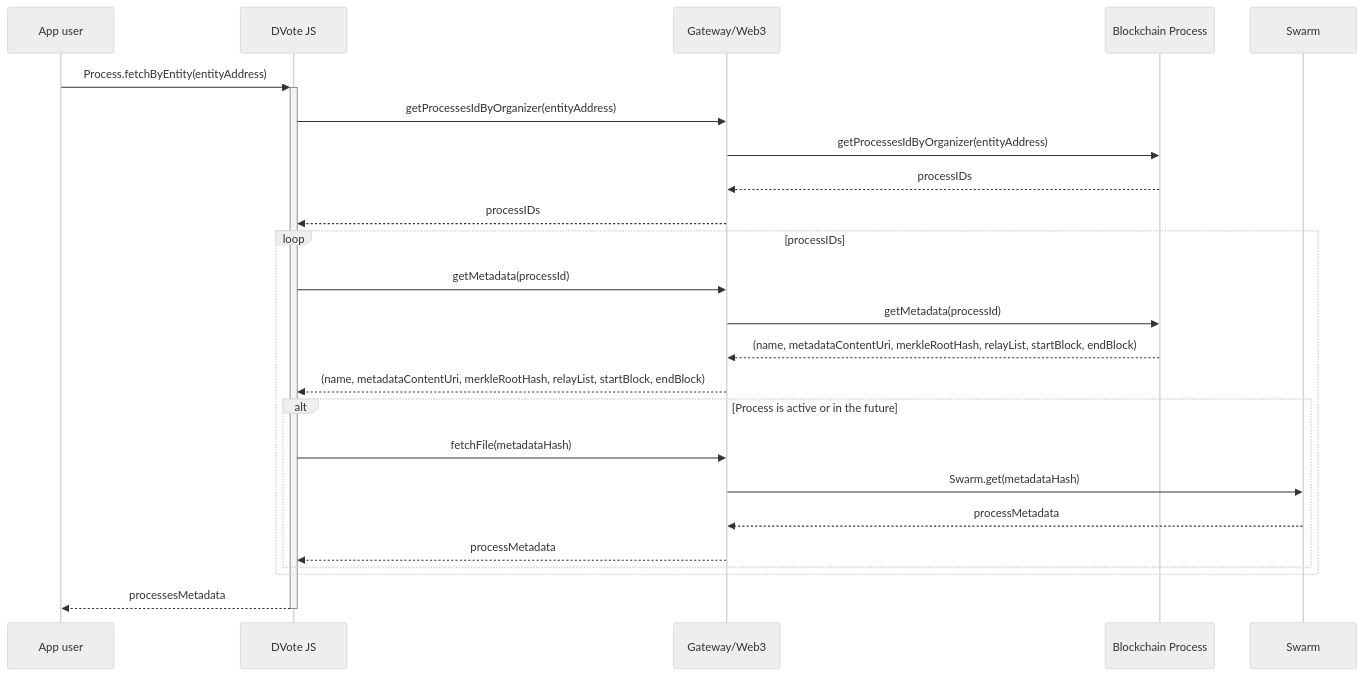
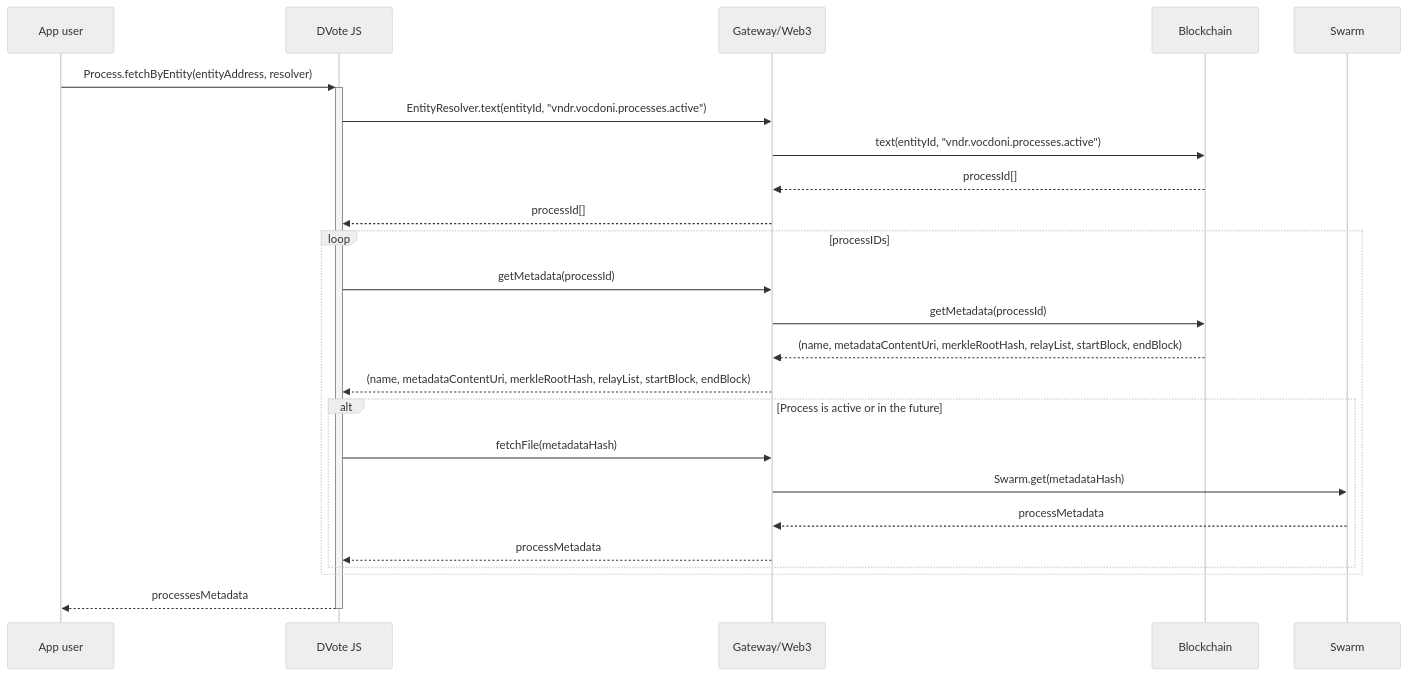
One commit to vocdoni/docs changed the seventh of 14 diagrams in docs/protocol/sequence-diagrams.md. Above: the diagram before and after it, drawn with Mermaid (neutral theme). The commit also changed other lines of this file, not shown here.

Commit message:
Process retrieval WIP

````diff
--- a/docs/protocol/sequence-diagrams.md
+++ b/docs/protocol/sequence-diagrams.md
@@ -326,33 +324,32 @@
 ```mermaid
 sequenceDiagram
     participant App as App user
     participant DV as DVote JS
     participant GW as Gateway/Web3
-    participant BC as Blockchain Process
+    participant BC as Blockchain
     participant SW as Swarm
 
-    App->>+DV: Process.fetchByEntity(entityAddress)
+    App->>+DV: Process.fetchByEntity(entityAddress, resolver)
 
-        DV->>GW: getProcessesIdByOrganizer(entityAddress)
-        GW->>BC: getProcessesIdByOrganizer(entityAddress)
-        BC-->>GW: processIDs
-        GW-->>DV: processIDs
+        DV->>GW: EntityResolver.text(entityId, "vndr.vocdoni.processes.active")
+            GW->>BC: text(entityId, "vndr.vocdoni.processes.active")
+            BC-->>GW: processId[]
+        GW-->>DV: processId[]
 
         loop processIDs
 
             DV->>GW: getMetadata(processId)
-            GW->>BC: getMetadata(processId)
-            BC-->>GW: (name, metadataContentUri, merkleRootHash, relayList, startBlock, endBlock)
+                GW->>BC: getMetadata(processId)
+                BC-->>GW: (name, metadataContentUri, merkleRootHash, relayList, startBlock, endBlock)
             GW-->>DV: (name, metadataContentUri, merkleRootHash, relayList, startBlock, endBlock)
 
             alt Process is active or in the future
                 DV->>GW: fetchFile(metadataHash)
                 GW->>SW: Swarm.get(metadataHash)
                 SW-->>GW: processMetadata
                 GW-->>DV: processMetadata
             end
-
         end
 
     DV-->>-App: processesMetadata
 ```
````
